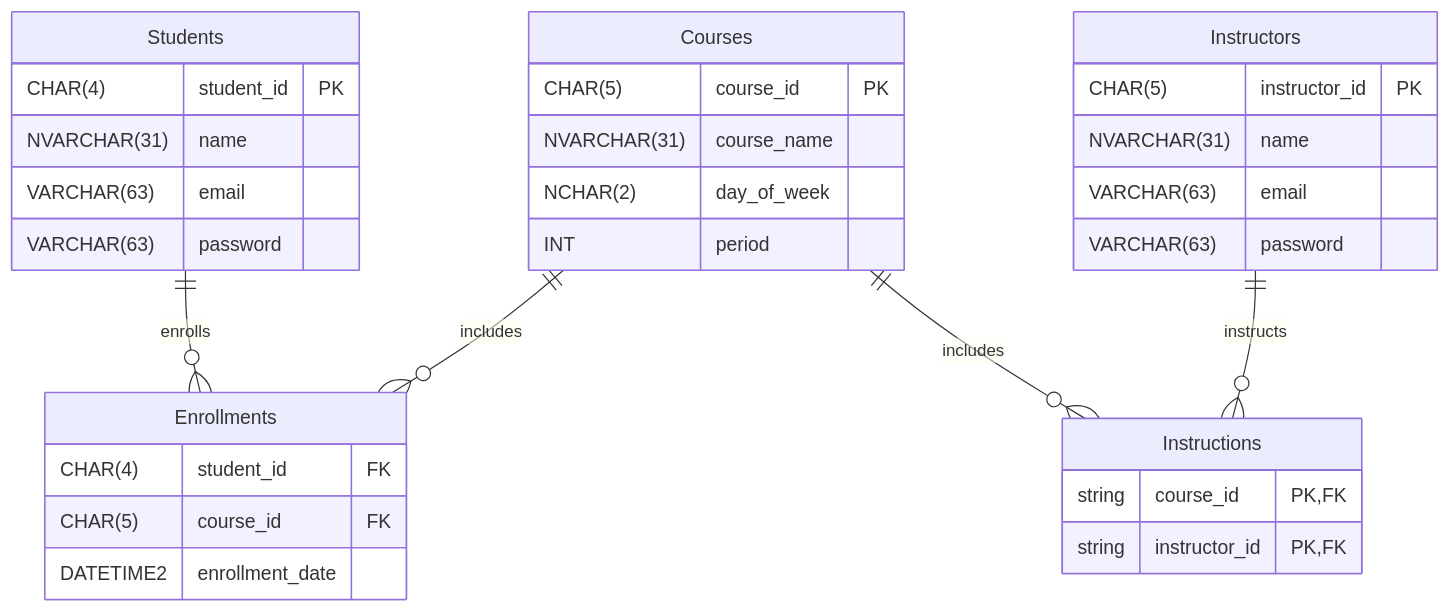
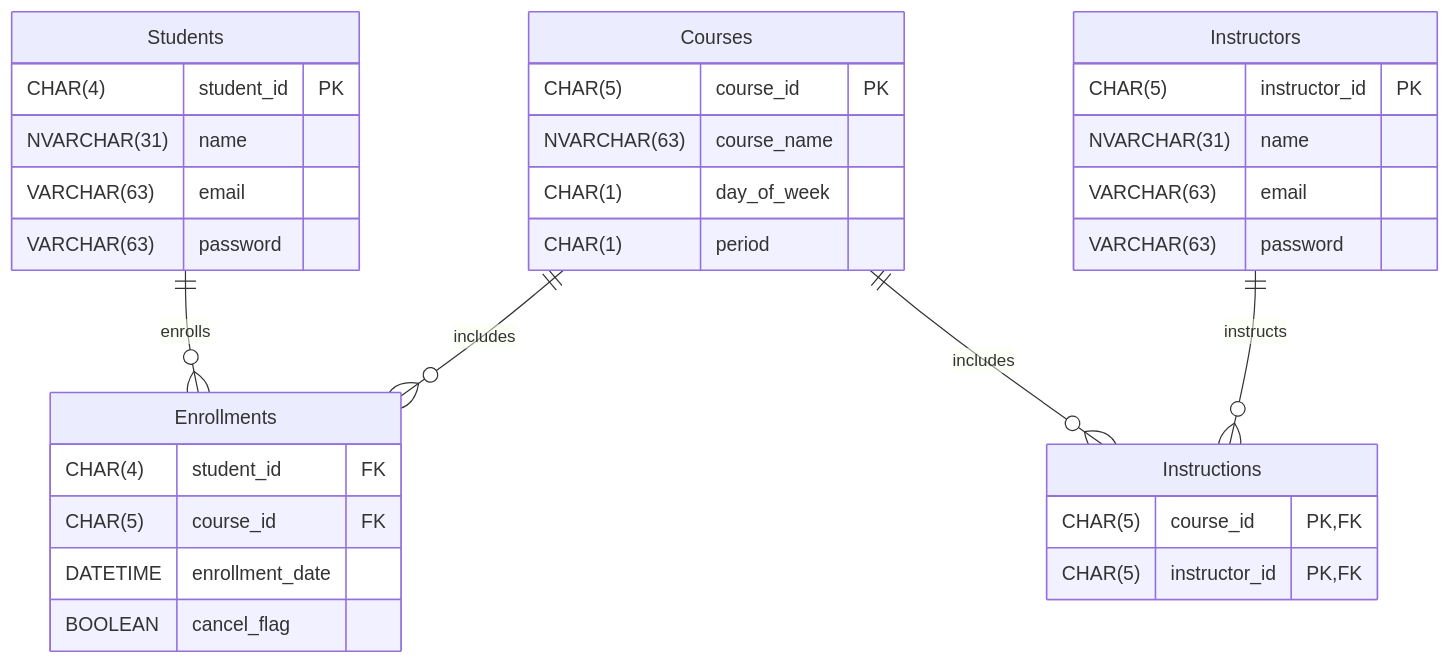
Before and after one commit to takayanag-i/classroomApp: the diagram in docs/ER-diagram.md, drawn with Mermaid. The commit also changed other lines of this file and 8 other files, not shown here.

````diff
--- a/docs/ER-diagram.md
+++ b/docs/ER-diagram.md
@@ -5,39 +5,40 @@
 ```mermaid
 erDiagram
     Students {
         CHAR(4) student_id PK
         NVARCHAR(31) name
         VARCHAR(63) email
         VARCHAR(63) password
     }
     
     Instructors {
         CHAR(5) instructor_id PK
         NVARCHAR(31) name
         VARCHAR(63) email
         VARCHAR(63) password
     }
         
     Courses {
         CHAR(5) course_id PK
-        NVARCHAR(31) course_name
-        NCHAR(2) day_of_week
-        INT period
+        NVARCHAR(63) course_name
+        CHAR(1) day_of_week
+        CHAR(1) period
     }
     
     Enrollments {
         CHAR(4) student_id FK
         CHAR(5) course_id FK
-        DATETIME2 enrollment_date
+        DATETIME enrollment_date
+        BOOLEAN cancel_flag
     }
 
     Instructions {
-        string course_id PK,FK
-        string instructor_id PK,FK
+        CHAR(5) course_id PK,FK
+        CHAR(5) instructor_id PK,FK
     }
         
     Students ||--o{ Enrollments : enrolls
     Courses ||--o{ Enrollments : includes
     Courses ||--o{ Instructions : includes
     Instructors ||--o{ Instructions : instructs
 ```
````
